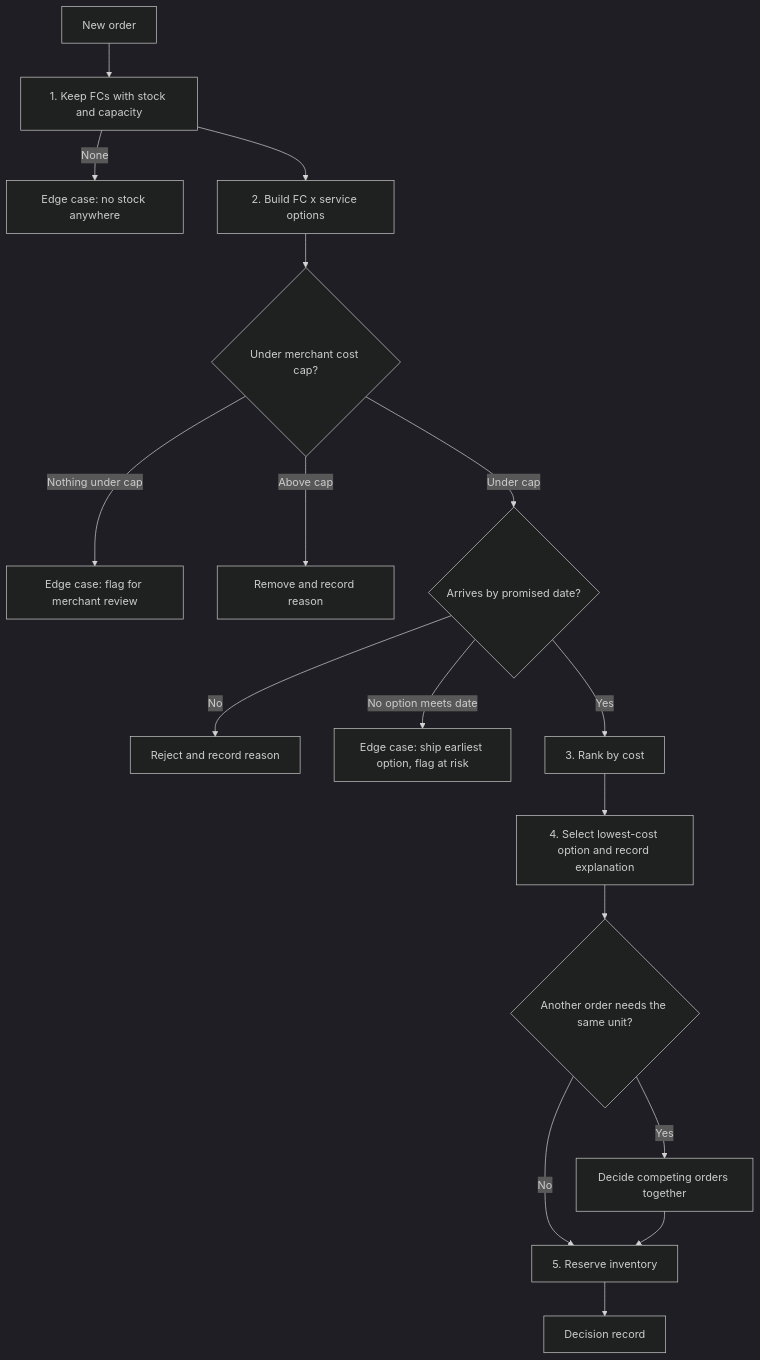
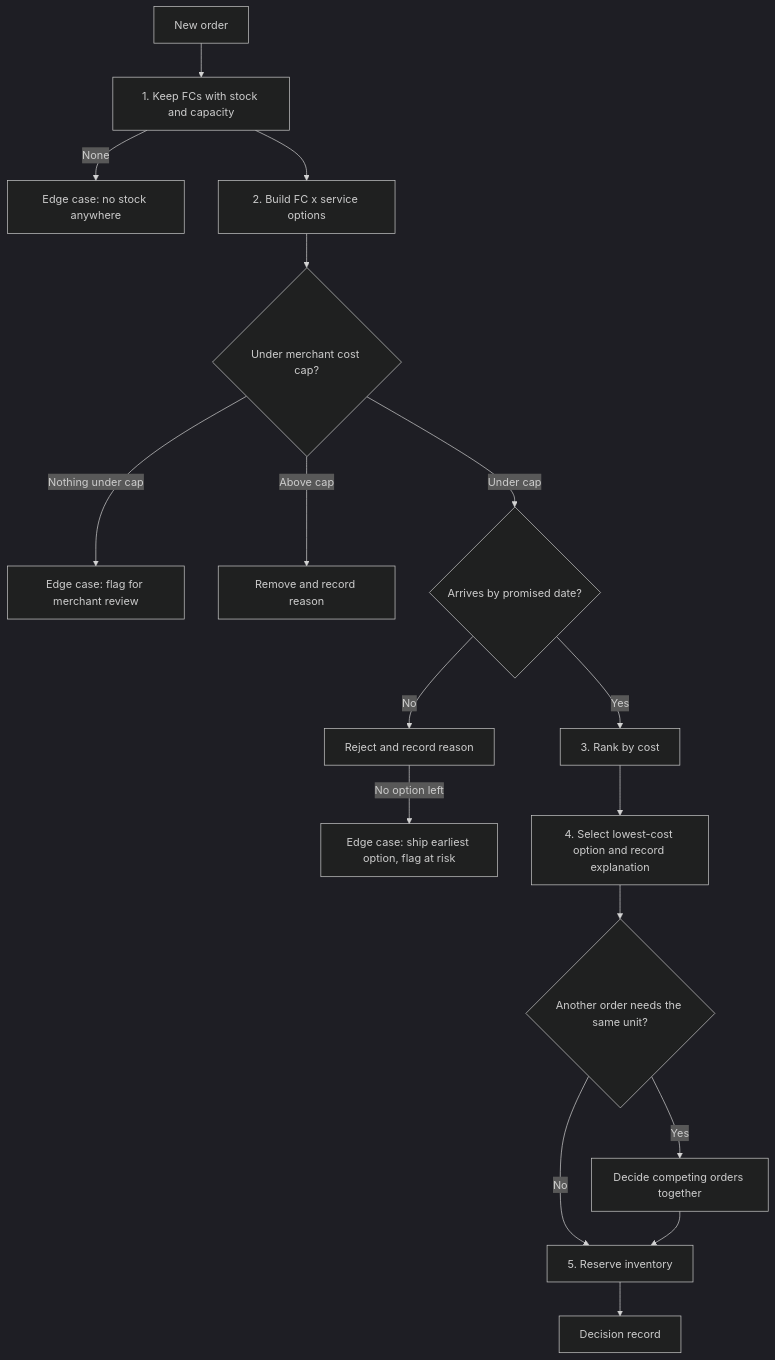
One commit to JustinABridges-PM/Sourcing-Engine-Prototype changed the diagram in README.md. Above: the diagram before and after it, drawn with Mermaid (dark theme). The commit also changed other lines of this file, not shown here.

````diff
--- a/README.md
+++ b/README.md
@@ -132,19 +132,19 @@
 ```mermaid
 flowchart TD
     A[New order] --> B[1. Keep FCs with stock and capacity]
     B -->|None| X1[Edge case: no stock anywhere]
     B --> C[2. Build FC x service options]
     C --> K{Under merchant cost cap?}
     K -->|Nothing under cap| X3[Edge case: flag for merchant review]
     K -->|Above cap| R1[Remove and record reason]
     K -->|Under cap| D{Arrives by promised date?}
     D -->|No| R2[Reject and record reason]
-    D -->|No option meets date| X2[Edge case: ship earliest option, flag at risk]
+    R2 -->|No option left| X2[Edge case: ship earliest option, flag at risk]
     D -->|Yes| E[3. Rank by cost]
     E --> F[4. Select lowest-cost option and record explanation]
     F --> J{Another order needs the same unit?}
     J -->|Yes| M[Decide competing orders together]
     J -->|No| G[5. Reserve inventory]
     M --> G
     G --> H[Decision record]
 ```
````
